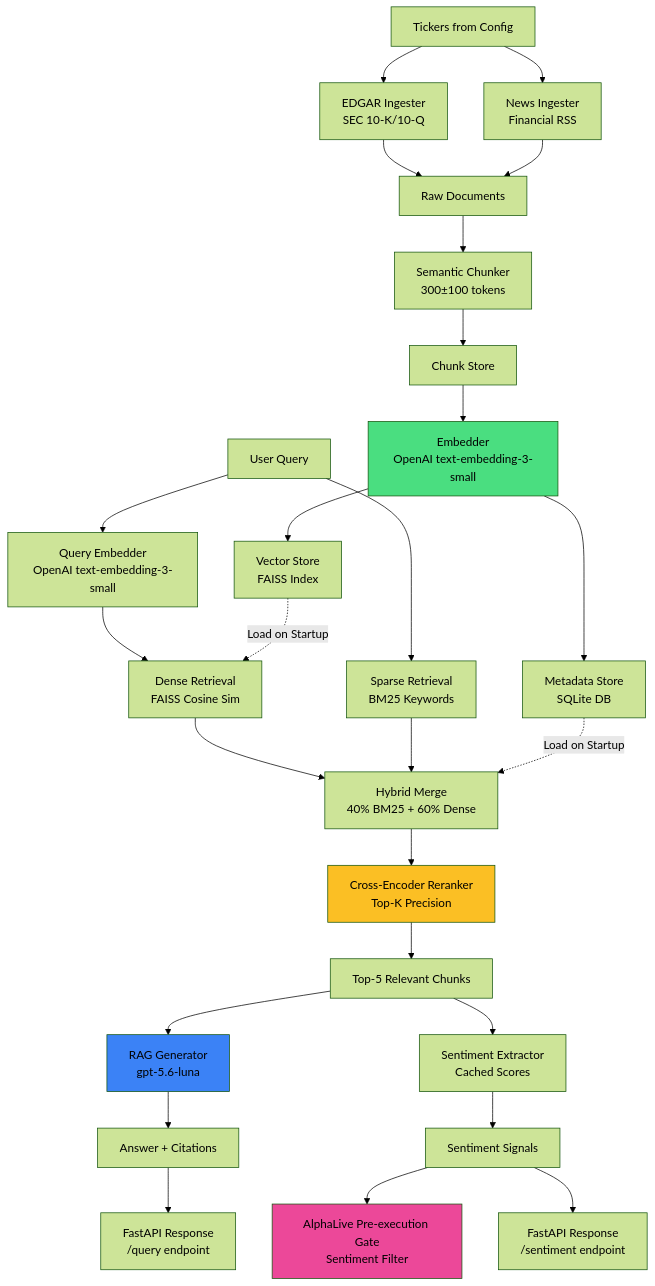
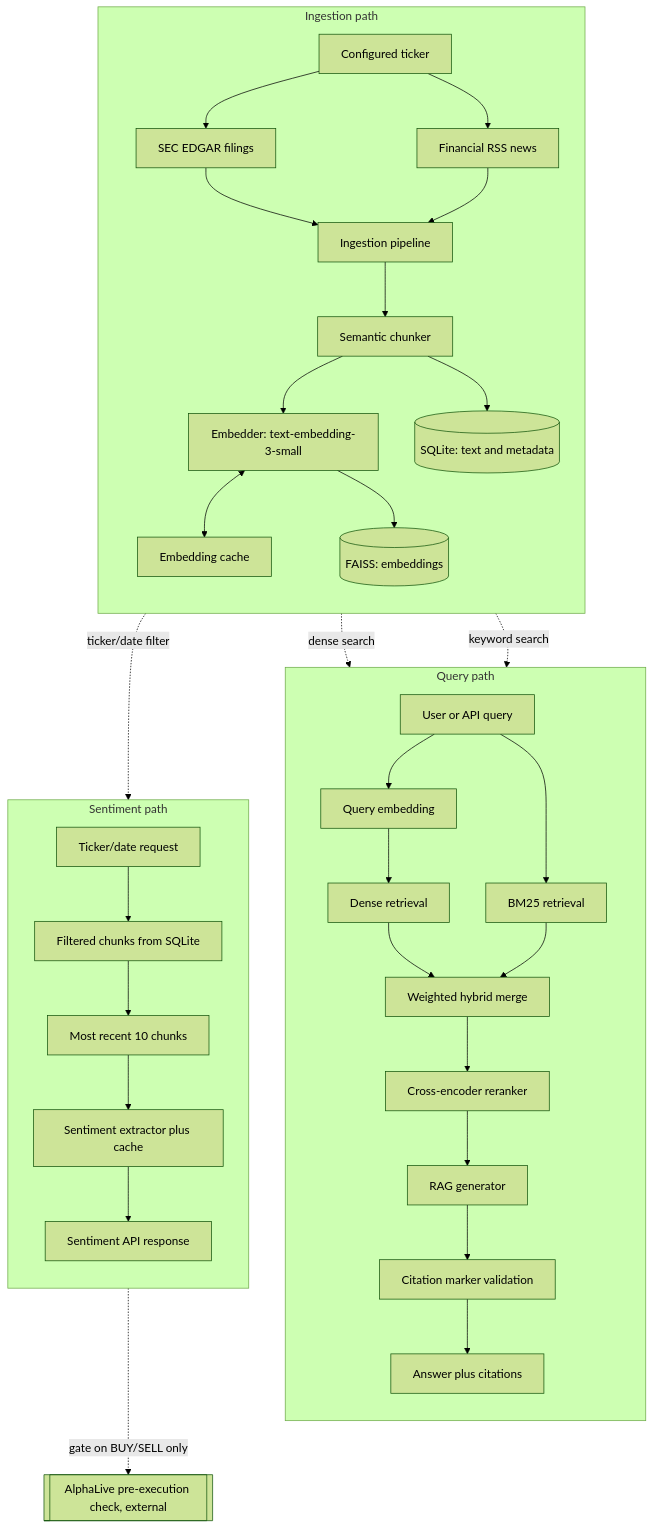
Before and after one commit to bernardoguterres/AlphaSignal: the diagram in README.md, drawn with Mermaid (forest theme). The commit also changed other lines of this file, not shown here.

````diff
--- a/README.md
+++ b/README.md
@@ -9,35 +26,41 @@
 ```mermaid
-flowchart TD
-    A[Tickers from Config] --> B[EDGAR Ingester<br/>SEC 10-K/10-Q]
-    A --> C[News Ingester<br/>Financial RSS]
-    B --> D[Raw Documents]
-    C --> D
-    D --> E[Semantic Chunker<br/>300±100 tokens]
-    E --> F[Chunk Store]
-    F --> G[Embedder<br/>OpenAI text-embedding-3-small]
-    G --> H[Vector Store<br/>FAISS Index]
-    G --> I[Metadata Store<br/>SQLite DB]
-    
-    J[User Query] --> K[Query Embedder<br/>OpenAI text-embedding-3-small]
-    K --> L[Dense Retrieval<br/>FAISS Cosine Sim]
-    J --> M[Sparse Retrieval<br/>BM25 Keywords]
-    L --> N[Hybrid Merge<br/>40% BM25 + 60% Dense]
-    M --> N
-    N --> O[Cross-Encoder Reranker<br/>Top-K Precision]
-    O --> P[Top-5 Relevant Chunks]
-    P --> Q[RAG Generator<br/>gpt-5.6-luna]
-    P --> R[Sentiment Extractor<br/>Cached Scores]
-    Q --> S[Answer + Citations]
-    R --> T[Sentiment Signals]
-    T --> U[AlphaLive Pre-execution Gate<br/>Sentiment Filter]
-    S --> V[FastAPI Response<br/>/query endpoint]
-    T --> W[FastAPI Response<br/>/sentiment endpoint]
-    
-    H -.->|Load on Startup| L
-    I -.->|Load on Startup| N
-    
-    style G fill:#4ade80
-    style O fill:#fbbf24
-    style Q fill:#3b82f6
-    style U fill:#ec4899
+flowchart TB
+    subgraph ING["Ingestion path"]
+        direction TB
+        A[Configured ticker] --> B[SEC EDGAR filings]
+        A --> C[Financial RSS news]
+        B --> D[Ingestion pipeline]
+        C --> D
+        D --> E[Semantic chunker]
+        E --> G["Embedder: text-embedding-3-small"]
+        G <--> F[Embedding cache]
+        E --> H[(SQLite: text and metadata)]
+        G --> I[(FAISS: embeddings)]
+    end
+
+    subgraph QRY["Query path"]
+        direction TB
+        J[User or API query] --> K[Query embedding]
+        K --> L[Dense retrieval]
+        J --> M[BM25 retrieval]
+        L --> N[Weighted hybrid merge]
+        M --> N
+        N --> O[Cross-encoder reranker]
+        O --> P[RAG generator]
+        P --> Q[Citation marker validation]
+        Q --> R[Answer plus citations]
+    end
+
+    subgraph SEN["Sentiment path"]
+        direction TB
+        S[Ticker/date request] --> T[Filtered chunks from SQLite]
+        T --> T2[Most recent 10 chunks]
+        T2 --> U[Sentiment extractor plus cache]
+        U --> V[Sentiment API response]
+    end
+
+    I -.dense search.-> L
+    H -.keyword search.-> M
+    H -.ticker/date filter.-> T
+    V -.gate on BUY/SELL only.-> W[[AlphaLive pre-execution check, external]]
 ```
````
